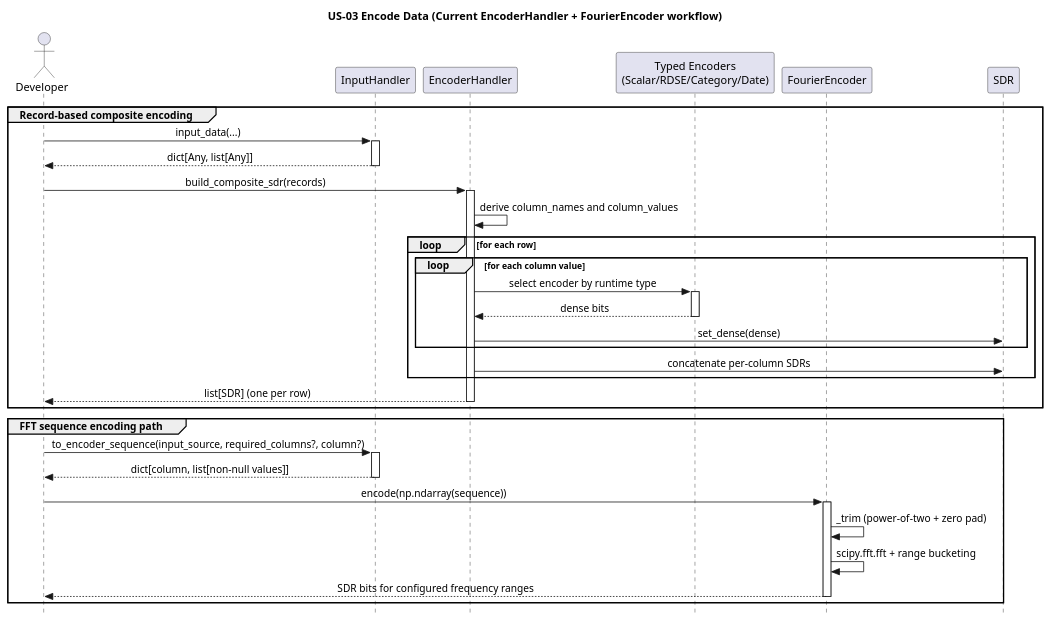
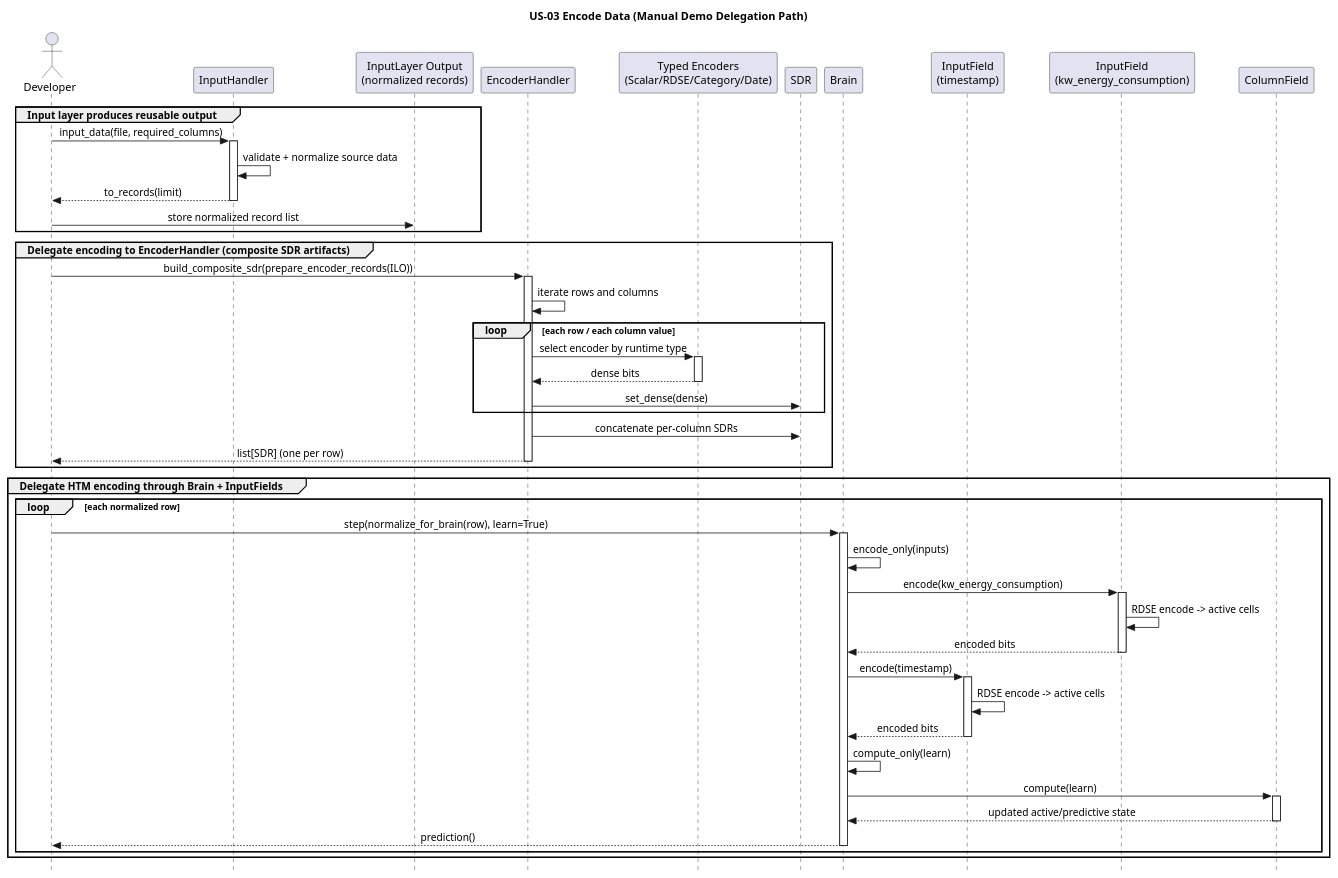
One commit to egrembocki/htmrl changed the diagram in docs/puml/US/us-03.puml. Above: the diagram before and after it, drawn with PlantUML.

Commit message:
Update US-03 encode sequence for Brain/InputField delegation

```diff
--- a/docs/puml/US/us-03.puml
+++ b/docs/puml/US/us-03.puml
@@ -1,52 +1,67 @@
 @startuml
 skinparam style strictuml
 skinparam sequenceMessageAlign center
 skinparam responseMessageBelowArrow true
-title US-03 Encode Data (Current EncoderHandler + FourierEncoder workflow)
+title US-03 Encode Data (Manual Demo Delegation Path)
 
 actor Developer
 participant "InputHandler" as IH
+participant "InputLayer Output\n(normalized records)" as ILO
 participant "EncoderHandler" as EH
 participant "Typed Encoders\n(Scalar/RDSE/Category/Date)" as ENC
-participant "FourierEncoder" as FFT
 participant "SDR" as SDR
+participant "Brain" as B
+participant "InputField\n(timestamp)" as IFTS
+participant "InputField\n(kw_energy_consumption)" as IFKWH
+participant "ColumnField" as CF
 
-group Record-based composite encoding
-  Developer -> IH: input_data(...)
+group Input layer produces reusable output
+  Developer -> IH: input_data(file, required_columns)
   activate IH
-  IH --> Developer: dict[Any, list[Any]]
+  IH -> IH: validate + normalize source data
+  IH --> Developer: to_records(limit)
   deactivate IH
+  Developer -> ILO: store normalized record list
+end
 
-  Developer -> EH: build_composite_sdr(records)
+group Delegate encoding to EncoderHandler (composite SDR artifacts)
+  Developer -> EH: build_composite_sdr(prepare_encoder_records(ILO))
   activate EH
-  EH -> EH: derive column_names and column_values
-
-  loop for each row
-    loop for each column value
-      EH -> ENC: select encoder by runtime type
-      activate ENC
-      ENC --> EH: dense bits
-      deactivate ENC
-      EH -> SDR: set_dense(dense)
-    end
-    EH -> SDR: concatenate per-column SDRs
+  EH -> EH: iterate rows and columns
+  loop each row / each column value
+    EH -> ENC: select encoder by runtime type
+    activate ENC
+    ENC --> EH: dense bits
+    deactivate ENC
+    EH -> SDR: set_dense(dense)
   end
-
+  EH -> SDR: concatenate per-column SDRs
   EH --> Developer: list[SDR] (one per row)
   deactivate EH
 end
 
-group FFT sequence encoding path
-  Developer -> IH: to_encoder_sequence(input_source, required_columns?, column?)
-  activate IH
-  IH --> Developer: dict[column, list[non-null values]]
-  deactivate IH
-
-  Developer -> FFT: encode(np.ndarray(sequence))
-  activate FFT
-  FFT -> FFT: _trim (power-of-two + zero pad)
-  FFT -> FFT: scipy.fft.fft + range bucketing
-  FFT --> Developer: SDR bits for configured frequency ranges
-  deactivate FFT
+group Delegate HTM encoding through Brain + InputFields
+  loop each normalized row
+    Developer -> B: step(normalize_for_brain(row), learn=True)
+    activate B
+    B -> B: encode_only(inputs)
+    B -> IFKWH: encode(kw_energy_consumption)
+    activate IFKWH
+    IFKWH -> IFKWH: RDSE encode -> active cells
+    IFKWH --> B: encoded bits
+    deactivate IFKWH
+    B -> IFTS: encode(timestamp)
+    activate IFTS
+    IFTS -> IFTS: RDSE encode -> active cells
+    IFTS --> B: encoded bits
+    deactivate IFTS
+    B -> B: compute_only(learn)
+    B -> CF: compute(learn)
+    activate CF
+    CF --> B: updated active/predictive state
+    deactivate CF
+    B --> Developer: prediction()
+    deactivate B
+  end
 end
 @enduml
```
